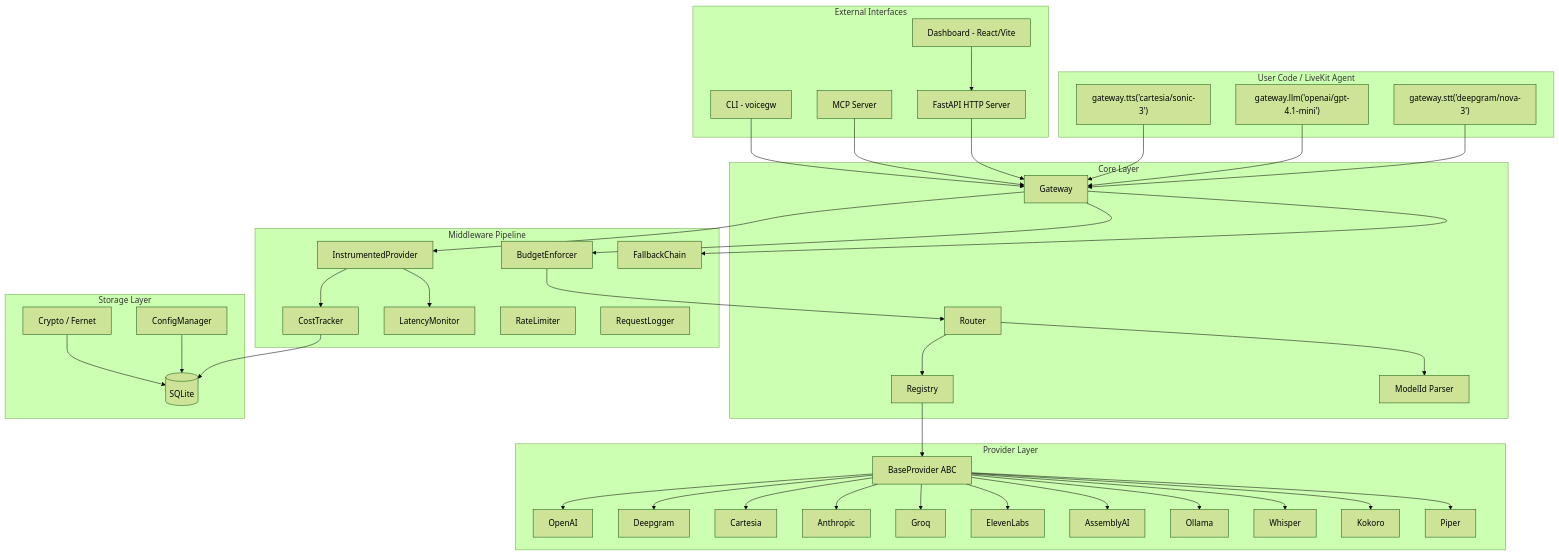
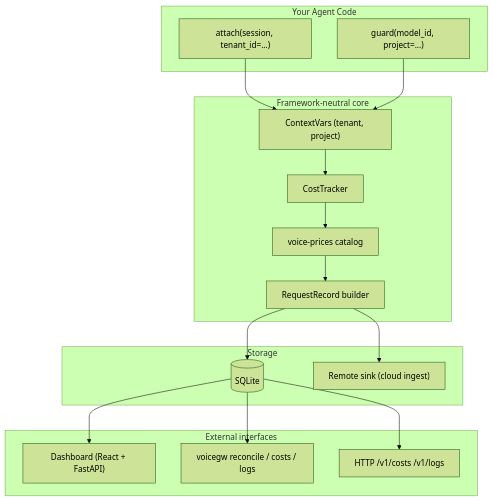
Before and after one commit to mahimailabs/voicegateway: the diagram in docs/architecture/index.md, drawn with Mermaid (forest theme). The commit also changed other lines of this file and 4 other files, not shown here.

First line of the commit message:
docs(architecture): rewrite Architecture part 1 (P11a) (#93)

````diff
--- a/docs/architecture/index.md
+++ b/docs/architecture/index.md
@@ -7,74 +10,36 @@
 ```mermaid
-graph TB
-    subgraph UserCode["User Code / LiveKit Agent"]
-        A["gateway.stt('deepgram/nova-3')"]
-        B["gateway.llm('openai/gpt-4.1-mini')"]
-        C["gateway.tts('cartesia/sonic-3')"]
+graph TD
+    subgraph UserCode["Your Agent Code"]
+        A["attach(session, tenant_id=...)"]
+        B["guard(model_id, project=...)"]
     end
 
-    subgraph Core["Core Layer"]
-        GW[Gateway]
-        R[Router]
-        REG[Registry]
-        MID[ModelId Parser]
+    subgraph Core["Framework-neutral core"]
+        CTX["ContextVars (tenant, project)"]
+        CT["CostTracker"]
+        REC["RequestRecord builder"]
+        VPR["voice-prices catalog"]
     end
 
-    subgraph Middleware["Middleware Pipeline"]
-        BE[BudgetEnforcer]
-        IP[InstrumentedProvider]
-        CT[CostTracker]
-        LM[LatencyMonitor]
-        RL[RateLimiter]
-        FB[FallbackChain]
-        LG[RequestLogger]
+    subgraph Storage["Storage"]
+        DB[(SQLite)]
+        SINK["Remote sink (cloud ingest)"]
     end
 
-    subgraph Providers["Provider Layer"]
-        BP[BaseProvider ABC]
-        OAI[OpenAI]
-        DG[Deepgram]
-        CA[Cartesia]
-        AN[Anthropic]
-        GR[Groq]
-        EL[ElevenLabs]
-        AA[AssemblyAI]
-        OL[Ollama]
-        WH[Whisper]
-        KO[Kokoro]
-        PI[Piper]
+    subgraph Interfaces["External interfaces"]
+        DASH["Dashboard (React + FastAPI)"]
+        CLI["voicegw reconcile / costs / logs"]
+        API["HTTP /v1/costs  /v1/logs"]
     end
 
-    subgraph Storage["Storage Layer"]
-        DB[(SQLite)]
-        CM[ConfigManager]
-        CR[Crypto / Fernet]
-    end
-
-    subgraph Interfaces["External Interfaces"]
-        API[FastAPI HTTP Server]
-        DASH[Dashboard - React/Vite]
-        MCP[MCP Server]
-        CLI[CLI - voicegw]
-    end
-
-    A --> GW
-    B --> GW
-    C --> GW
-    GW --> BE
-    BE --> R
-    R --> MID
-    R --> REG
-    REG --> BP
-    BP --> OAI & DG & CA & AN & GR & EL & AA & OL & WH & KO & PI
-    GW --> IP
-    IP --> CT
-    IP --> LM
-    GW --> FB
-    CT --> DB
-    API --> GW
-    DASH --> API
-    MCP --> GW
-    CLI --> GW
-    CM --> DB
-    CR --> DB
+    A --> CTX
+    B --> CTX
+    CTX --> CT
+    CT --> VPR
+    VPR --> REC
+    REC --> DB
+    REC --> SINK
+    DB --> DASH
+    DB --> CLI
+    DB --> API
 ```
````
